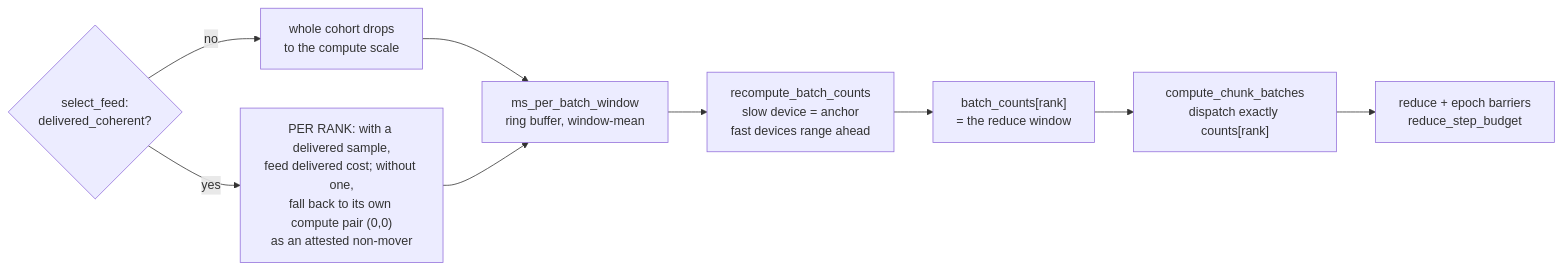
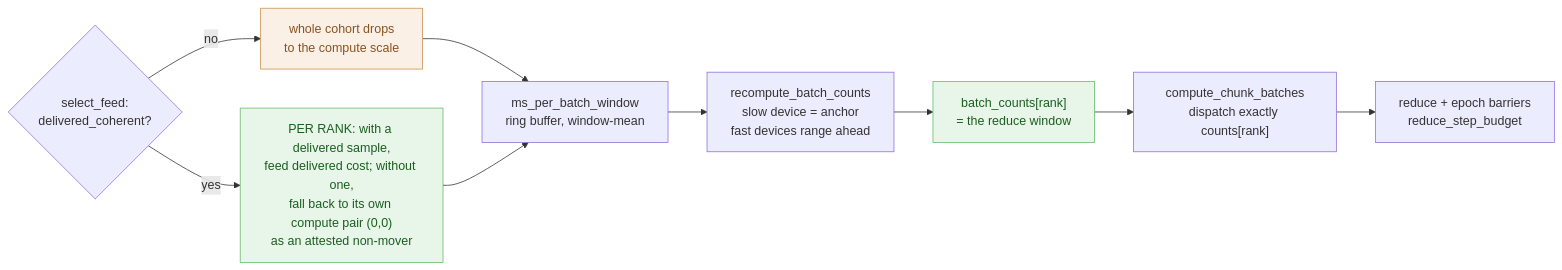
The sixth of 7 diagrams in docs/distributed/architecture.md (fab2s/floDl), drawn with Mermaid before and after one commit. The commit also changed other lines of this file and 6 other files, not shown here.

Commit message:
doc: mermaid palette

````diff
--- a/docs/distributed/architecture.md
+++ b/docs/distributed/architecture.md
@@ -446,11 +471,16 @@
 ```mermaid
 flowchart LR
     H{"select_feed:<br/>delivered_coherent?"} -->|no| I["whole cohort drops<br/>to the compute scale"]
     H -->|yes| J["PER RANK: with a delivered sample,<br/>feed delivered cost; without one,<br/>fall back to its own compute pair (0,0)<br/>as an attested non-mover"]
     I --> K["ms_per_batch_window<br/>ring buffer, window-mean"]
     J --> K
     K --> L["recompute_batch_counts<br/>slow device = anchor<br/>fast devices range ahead"]
     L --> M["batch_counts[rank]<br/>= the reduce window"]
     M --> N["compute_chunk_batches<br/>dispatch exactly counts[rank]"]
     N --> O["reduce + epoch barriers<br/>reduce_step_budget"]
+
+    classDef good fill:#e8f5e9,stroke:#66bb6a,color:#1b5e20
+    classDef cost fill:#faf0e6,stroke:#c9924f,color:#8a5320
+    class J,M good
+    class I cost
 ```
````
